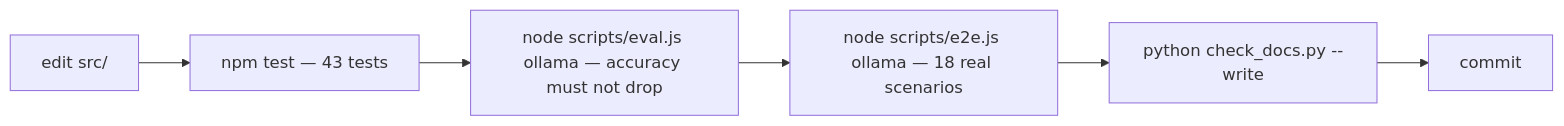
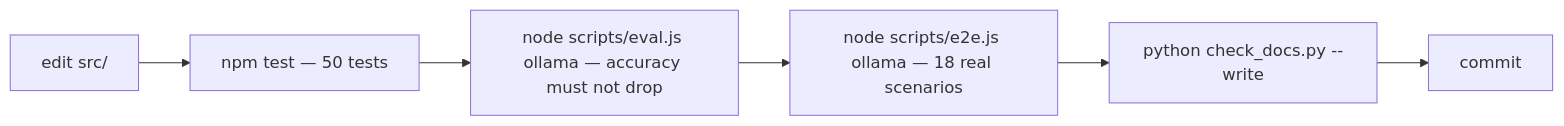
Before and after one commit to vishnurkb/GitCat: the second of 2 diagrams in docs/architecture.md, drawn with Mermaid. The commit also changed 16 other files, not shown here.

````diff
--- a/docs/architecture.md
+++ b/docs/architecture.md
@@ -71,8 +71,8 @@
 ```mermaid
 flowchart LR
-  E[edit src/] --> T[npm test — 43 tests]
+  E[edit src/] --> T[npm test — 50 tests]
   T --> EV[node scripts/eval.js ollama — accuracy must not drop]
   EV --> E2[node scripts/e2e.js ollama — 18 real scenarios]
   E2 --> D[python check_docs.py --write]
   D --> C[commit]
 ```
````
